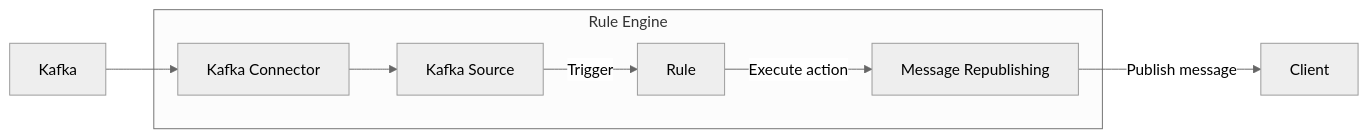
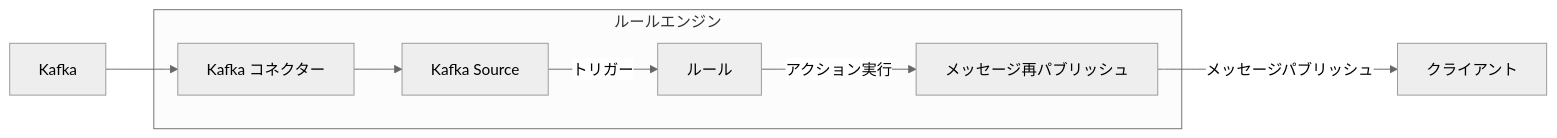
Before and after one commit to emqx/emqx-docs: the second of 2 diagrams in ja_JP/data-integration/data-bridges.md, drawn with Mermaid (neutral theme). The commit also changed other lines of this file and 265 other files, not shown here.

````diff
--- a/ja_JP/data-integration/data-bridges.md
+++ b/ja_JP/data-integration/data-bridges.md
@@ -63,11 +62,11 @@
 ```mermaid
 graph LR
-  A[Kafka] --> B[Kafka Connector]
-  subgraph Rule Engine
+  A[Kafka] --> B[Kafka コネクター]
+  subgraph ルールエンジン
     B --> C[Kafka Source]
-    C -->  |Trigger| D[Rule]
-    D -->  |Execute action| D1[Message Republishing]
+    C -->  |トリガー| D[ルール]
+    D -->  |アクション実行| D1[メッセージ再パブリッシュ]
   end
 
-D1 -->|Publish message| E[Client]
+D1 -->|メッセージパブリッシュ| E[クライアント]
 ```
````
